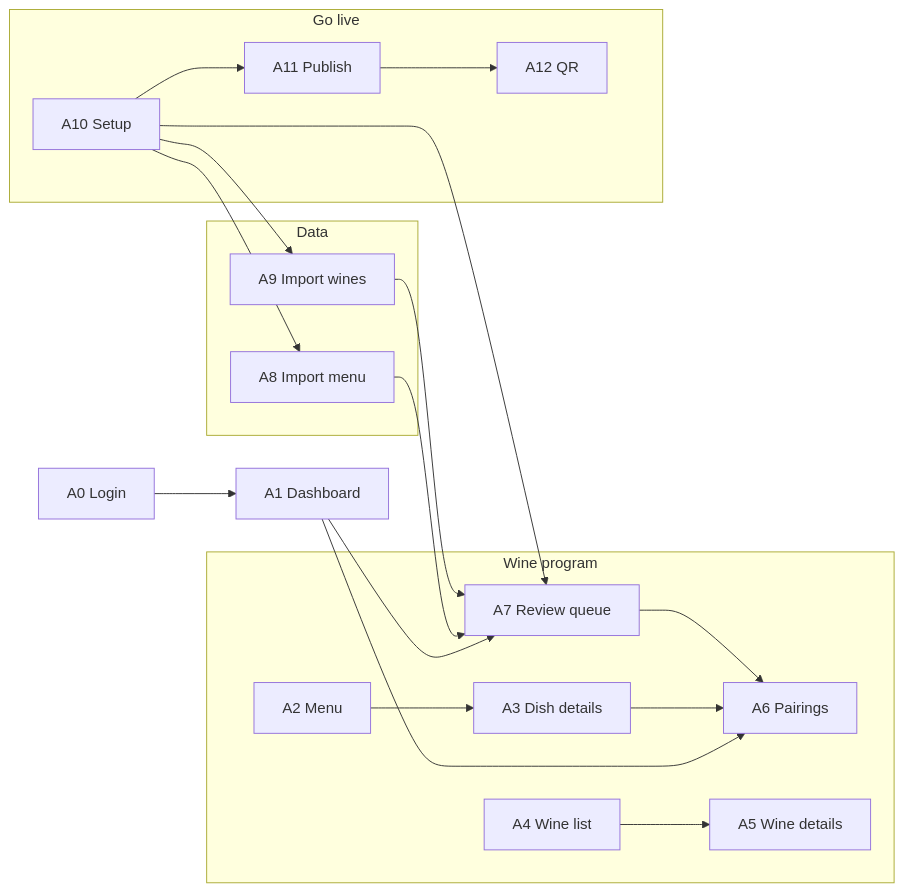
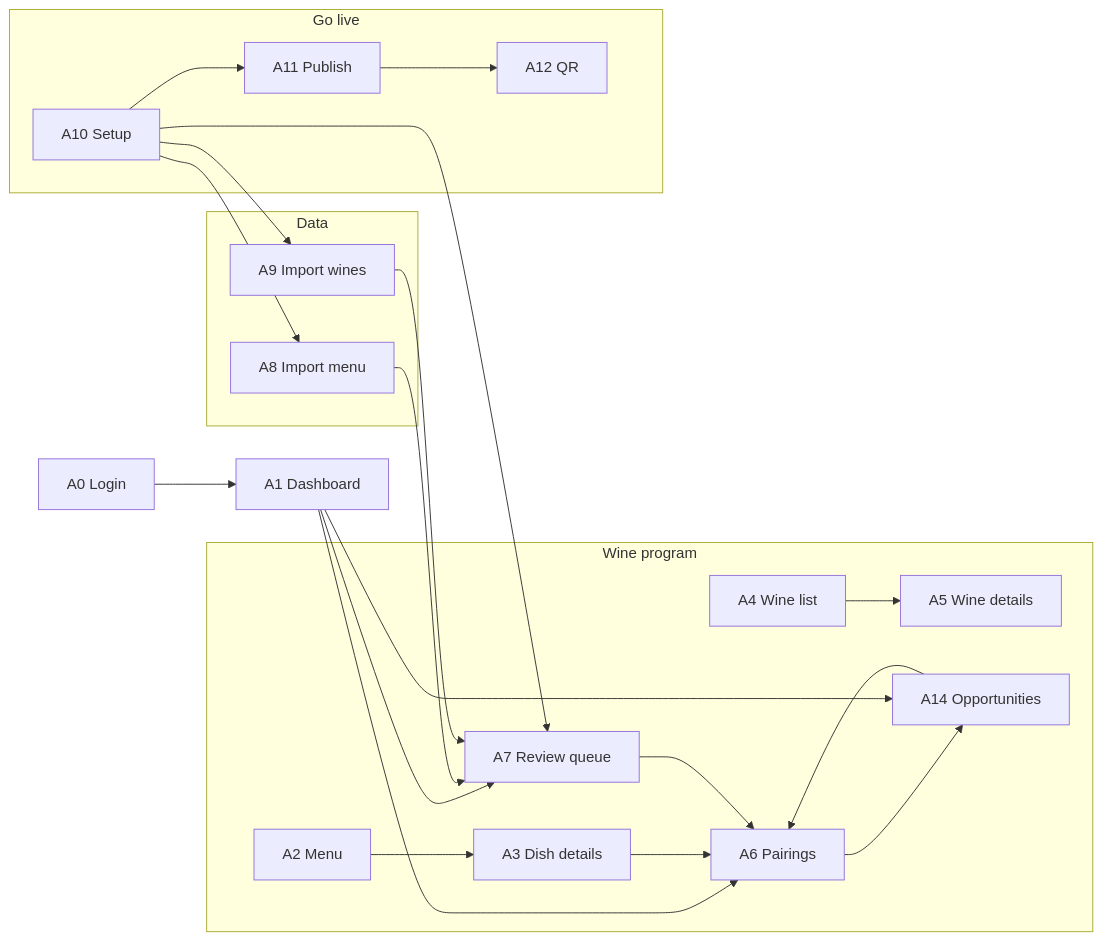
The second of 2 diagrams in docs/SCREEN_MAP.md (NiedzielX/wine), drawn with Mermaid before and after one commit. The commit also changed other lines of this file and 22 other files, not shown here.

````diff
--- a/docs/SCREEN_MAP.md
+++ b/docs/SCREEN_MAP.md
@@ -77,21 +78,24 @@
 ```mermaid
 flowchart LR
   A0[A0 Login] --> A1[A1 Dashboard]
   A1 --> A7
   A1 --> A6
   subgraph Wine program
     A2[A2 Menu] --> A3[A3 Dish details] --> A6[A6 Pairings]
     A4[A4 Wine list] --> A5[A5 Wine details]
     A7[A7 Review queue] --> A6
+    A14[A14 Opportunities] --> A6
+    A6 --> A14
   end
+  A1 --> A14
   subgraph Data
     A8[A8 Import menu]
     A9[A9 Import wines]
   end
   subgraph Go live
     A10[A10 Setup] --> A8 & A9 & A7 & A11
     A11[A11 Publish] --> A12[A12 QR]
   end
   A8 --> A7
   A9 --> A7
 ```
````
